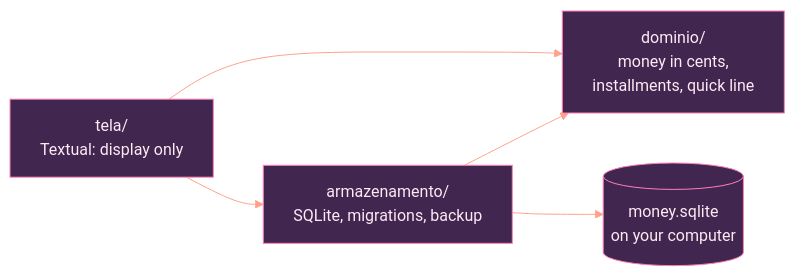
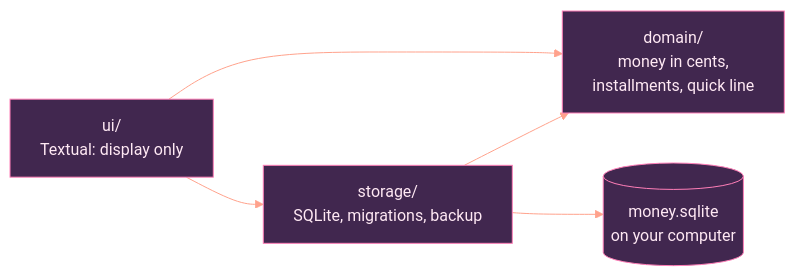
The diagram in README.md (Sera-DAI/kotsu), drawn with Mermaid before and after one commit. The commit also changed other lines of this file and 150 other files, not shown here.

````diff
--- a/README.md
+++ b/README.md
@@ -184,8 +191,8 @@
 ```mermaid
 %%{init: {"theme": "base", "themeVariables": {"primaryColor": "#41274f", "primaryTextColor": "#ffe9f4", "primaryBorderColor": "#ff7fb8", "lineColor": "#ffa28c", "secondaryColor": "#291b33", "tertiaryColor": "#1d1424", "fontFamily": "Segoe UI, sans-serif"}}}%%
 flowchart LR
-    T["tela/<br>Textual: display only"] --> A["armazenamento/<br>SQLite, migrations, backup"]
-    T --> D["dominio/<br>money in cents,<br>installments, quick line"]
+    T["ui/<br>Textual: display only"] --> A["storage/<br>SQLite, migrations, backup"]
+    T --> D["domain/<br>money in cents,<br>installments, quick line"]
     A --> D
     A --> F[("money.sqlite<br>on your computer")]
 ```
````
